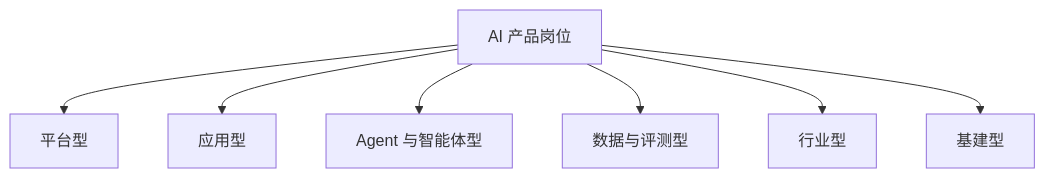
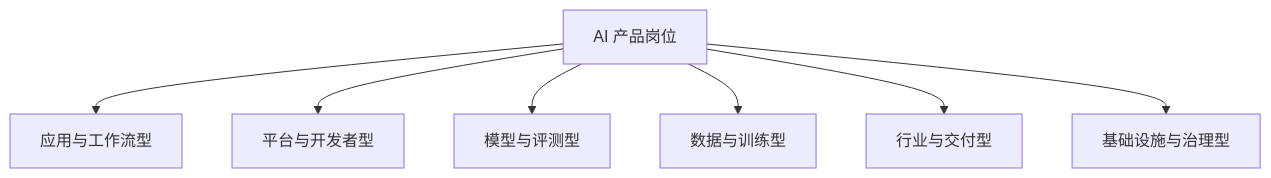
Before and after one commit to AI-PM-Wiki/AIPM: the fourth of 6 diagrams in docs/intro/capability.md, drawn with Mermaid. The commit also changed other lines of this file and 26 other files, not shown here.

````diff
--- a/docs/intro/capability.md
+++ b/docs/intro/capability.md
@@ -162,9 +191,9 @@
 ```mermaid
 flowchart TD
-    roles[AI 产品岗位] --> platform[平台型]
-    roles --> application[应用型]
-    roles --> agent[Agent 与智能体型]
-    roles --> evaluation[数据与评测型]
-    roles --> industry[行业型]
-    roles --> infrastructure[基建型]
+    roles[AI 产品岗位] --> app[应用与工作流型]
+    roles --> platform[平台与开发者型]
+    roles --> model[模型与评测型]
+    roles --> data[数据与训练型]
+    roles --> industry[行业与交付型]
+    roles --> infra[基础设施与治理型]
 ```
````
